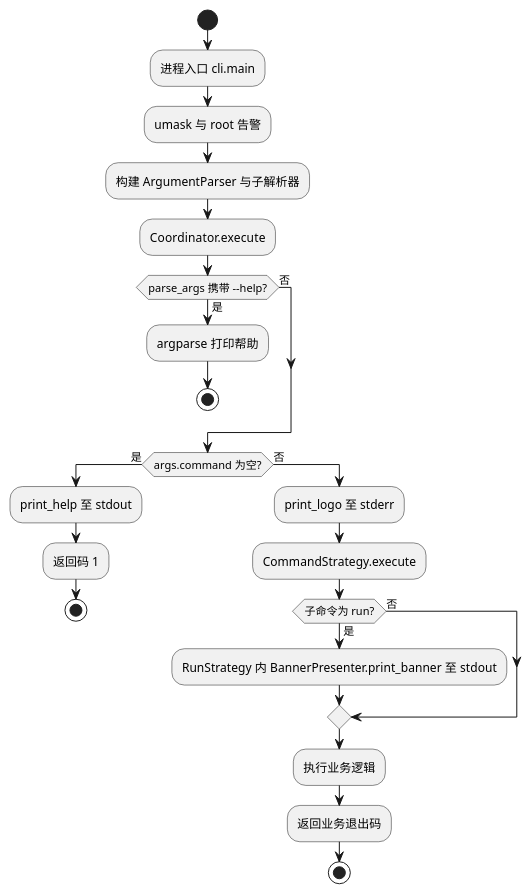
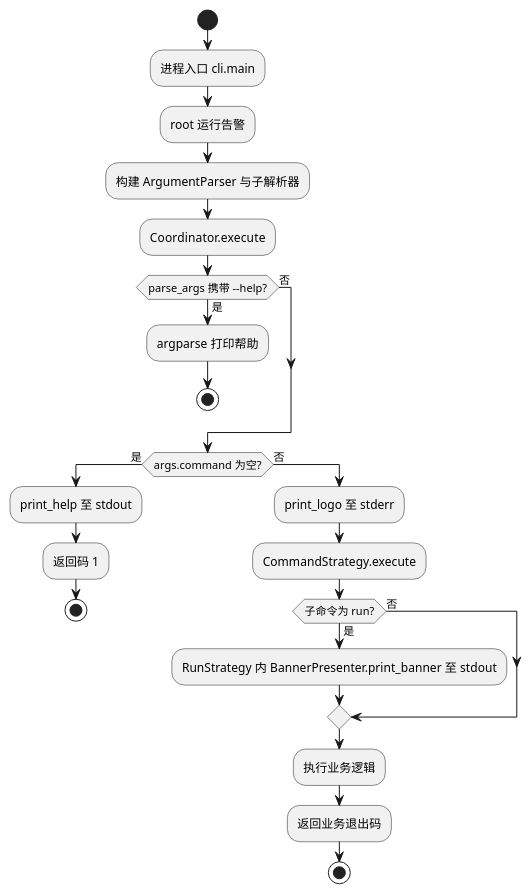
The first of 5 diagrams in msit/docs/design/msprechecker-brand-logo.md (mindstudio-docs/master), drawn with PlantUML before and after one commit. The commit also changed 494 other files, not shown here.

````diff
--- a/msit/docs/design/msprechecker-brand-logo.md
+++ b/msit/docs/design/msprechecker-brand-logo.md
@@ -146,31 +146,31 @@
 ```plantuml
 @startuml
 start
 :进程入口 cli.main;
-:umask 与 root 告警;
+:root 运行告警;
 :构建 ArgumentParser 与子解析器;
 :Coordinator.execute;
 
 if (parse_args 携带 --help?) then (是)
   :argparse 打印帮助;
   stop
 else (否)
 endif
 
 if (args.command 为空?) then (是)
   :print_help 至 stdout;
   :返回码 1;
   stop
 else (否)
   :print_logo 至 stderr;
   :CommandStrategy.execute;
   if (子命令为 run?) then (是)
     :RunStrategy 内 BannerPresenter.print_banner 至 stdout;
   else (否)
   endif
   :执行业务逻辑;
   :返回业务退出码;
   stop
 endif
 @enduml
 ```
````
